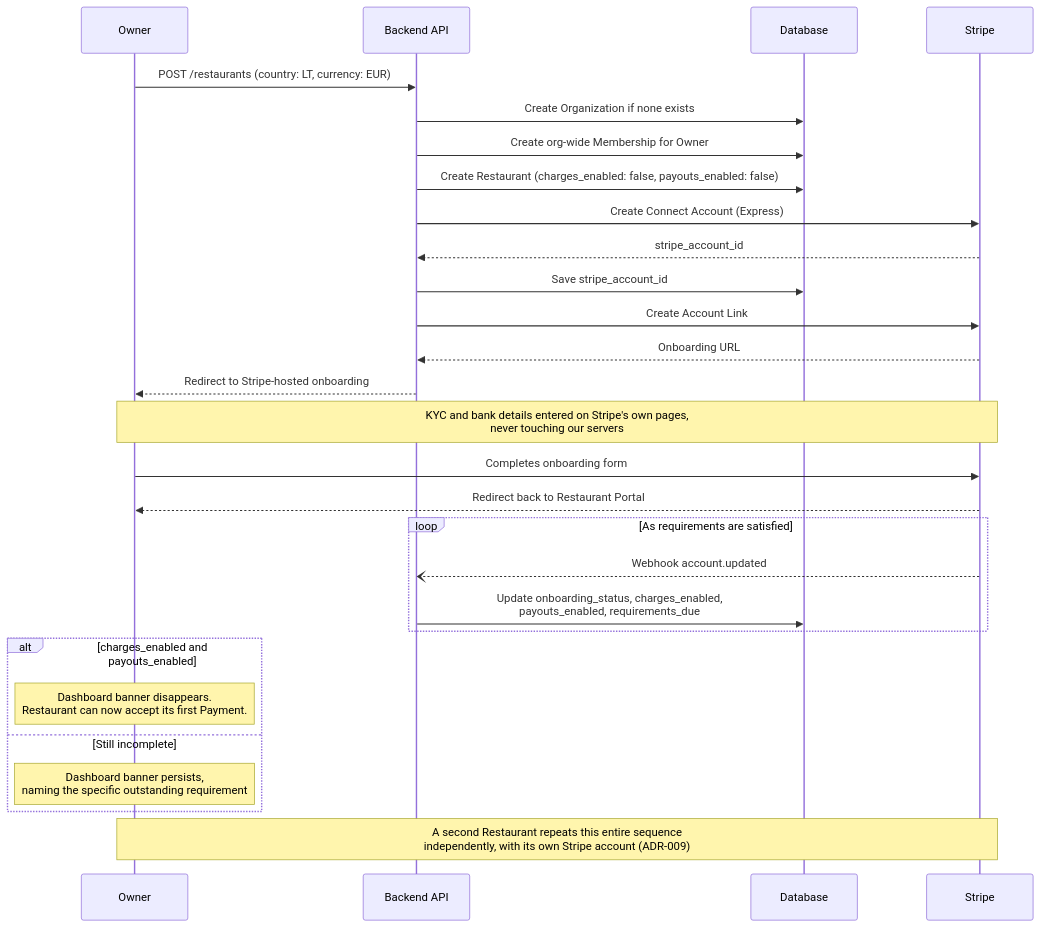
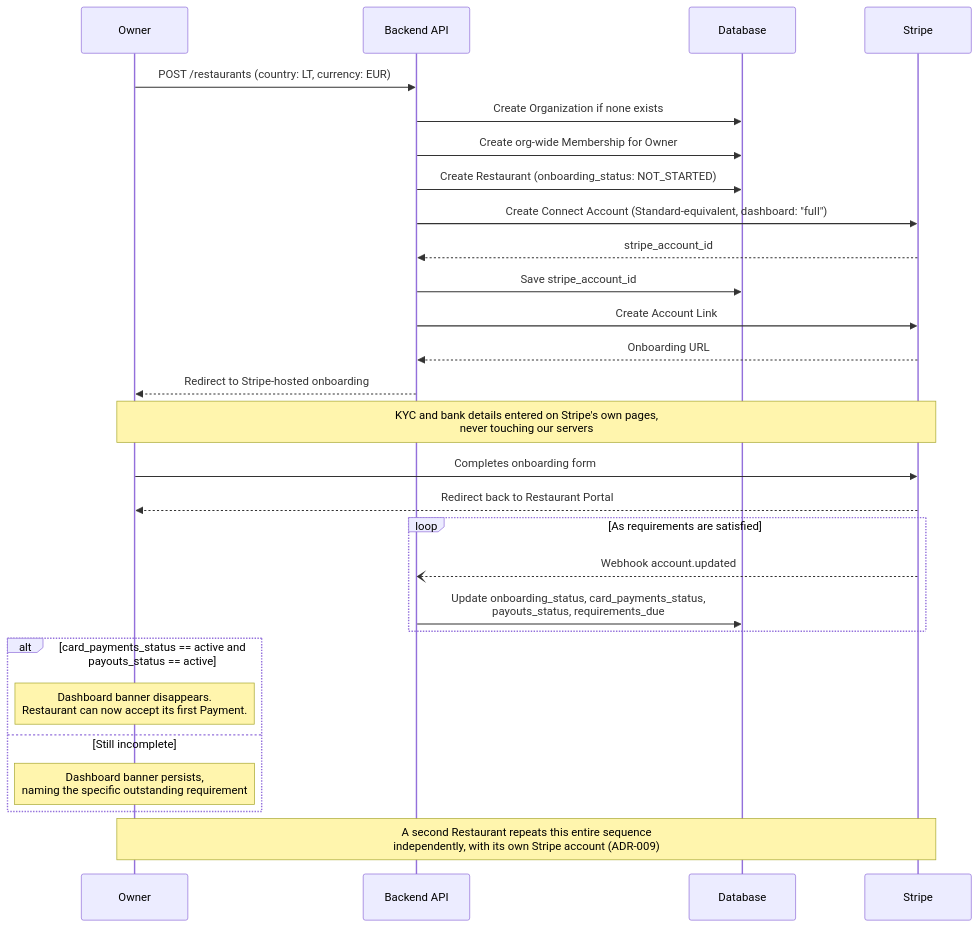
One commit to Jager2026/hospitality-financial-os changed the diagram in docs/SEQUENCE_ONBOARDING.md. Above: the diagram before and after it, drawn with Mermaid. The commit also changed 3 other files, not shown here.

````diff
--- a/docs/SEQUENCE_ONBOARDING.md
+++ b/docs/SEQUENCE_ONBOARDING.md
@@ -5,36 +5,36 @@
 ```mermaid
 sequenceDiagram
     participant O as Owner
     participant API as Backend API
     participant DB as Database
     participant S as Stripe
 
     O->>API: POST /restaurants (country: LT, currency: EUR)
     API->>DB: Create Organization if none exists
     API->>DB: Create org-wide Membership for Owner
-    API->>DB: Create Restaurant (charges_enabled: false, payouts_enabled: false)
-    API->>S: Create Connect Account (Express)
+    API->>DB: Create Restaurant (onboarding_status: NOT_STARTED)
+    API->>S: Create Connect Account (Standard-equivalent, dashboard: "full")
     S-->>API: stripe_account_id
     API->>DB: Save stripe_account_id
     API->>S: Create Account Link
     S-->>API: Onboarding URL
     API-->>O: Redirect to Stripe-hosted onboarding
 
     Note over O,S: KYC and bank details entered on Stripe's own pages,<br/>never touching our servers
 
     O->>S: Completes onboarding form
     S-->>O: Redirect back to Restaurant Portal
 
     loop As requirements are satisfied
         S--)API: Webhook account.updated
-        API->>DB: Update onboarding_status, charges_enabled,<br/>payouts_enabled, requirements_due
+        API->>DB: Update onboarding_status, card_payments_status,<br/>payouts_status, requirements_due
     end
 
-    alt charges_enabled and payouts_enabled
+    alt card_payments_status == active and payouts_status == active
         Note over O: Dashboard banner disappears.<br/>Restaurant can now accept its first Payment.
     else Still incomplete
         Note over O: Dashboard banner persists,<br/>naming the specific outstanding requirement
     end
 
     Note over O,S: A second Restaurant repeats this entire sequence<br/>independently, with its own Stripe account (ADR-009)
 ```
````
